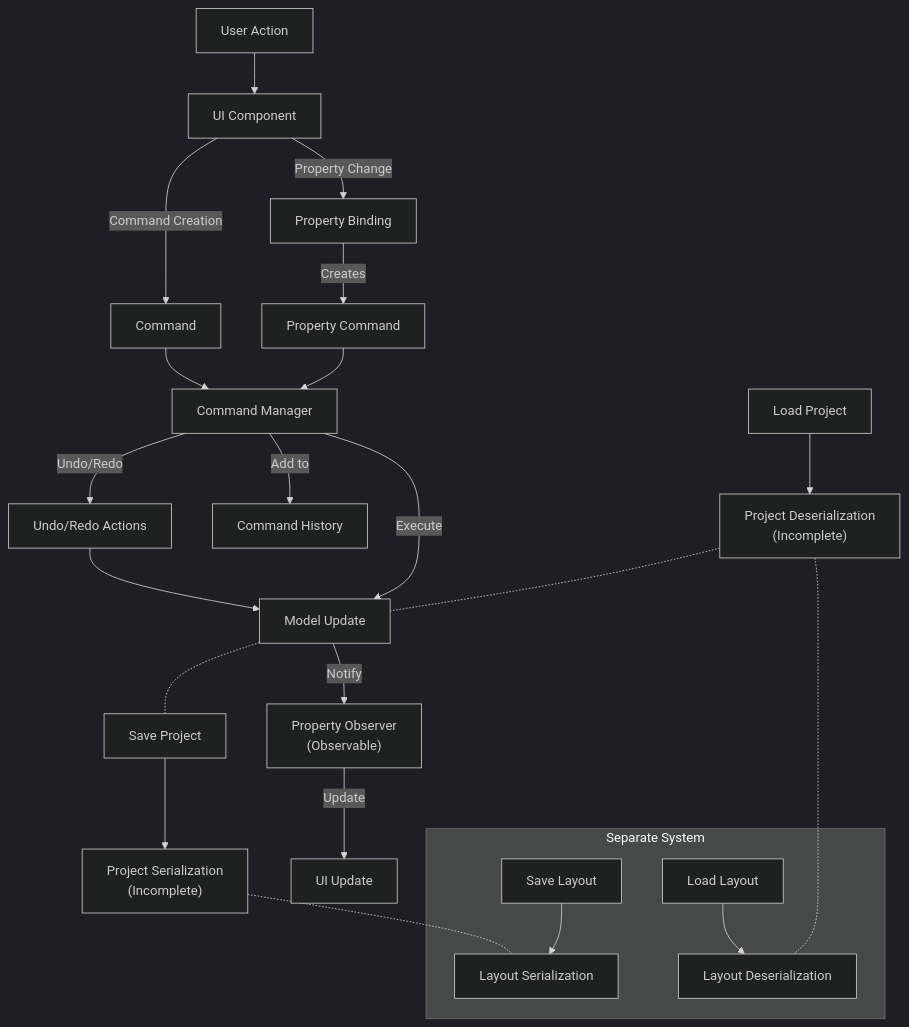
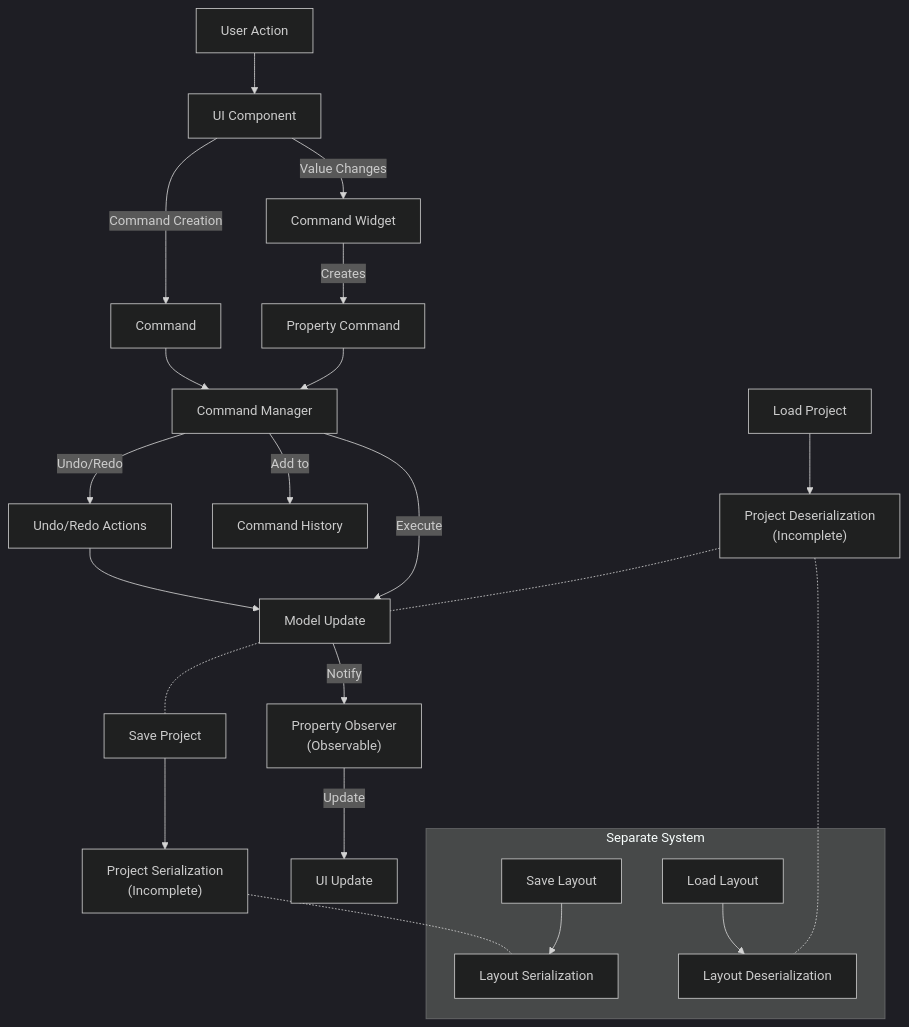
The diagram in command_system/docs/initial_command_system.md (maro7tigre/PySignalDecipher), drawn with Mermaid (dark theme) before and after one commit. The commit also changed 17 other files, not shown here.

````diff
--- a/command_system/docs/initial_command_system.md
+++ b/command_system/docs/initial_command_system.md
@@ -1,33 +1,33 @@
 ```mermaid
 flowchart TD
     User[User Action] --> UI[UI Component]
-    UI -- "Property Change" --> Binding[Property Binding]
+    UI -- "Value Changes" --> CmdWidget[Command Widget]
     UI -- "Command Creation" --> CMD[Command]
     
-    Binding -- "Creates" --> PropCmd[Property Command]
+    CmdWidget -- "Creates" --> PropCmd[Property Command]
     PropCmd --> CmdMgr[Command Manager]
     CMD --> CmdMgr
     
     CmdMgr -- "Execute" --> ModelUpdate[Model Update]
     CmdMgr -- "Add to" --> History[Command History]
     
     ModelUpdate -- "Notify" --> PropObserver["Property Observer\n(Observable)"]
     PropObserver -- "Update" --> UIUpdate[UI Update]
     
     CmdMgr -- "Undo/Redo" --> UndoRedo[Undo/Redo Actions]
     UndoRedo --> ModelUpdate
     
     SaveProject[Save Project] --> ProjectSerialize["Project Serialization\n(Incomplete)"]
     LoadProject[Load Project] --> ProjectDeserialize["Project Deserialization\n(Incomplete)"]
     
     subgraph "Separate System"
         SaveLayout[Save Layout] --> LayoutSerialize[Layout Serialization]
         LoadLayout[Load Layout] --> LayoutDeserialize[Layout Deserialization]
     end
     
     ProjectSerialize -.- LayoutSerialize
     ProjectDeserialize -.- LayoutDeserialize
     
     ModelUpdate -.- SaveProject
     ProjectDeserialize -.- ModelUpdate
 ```
````
